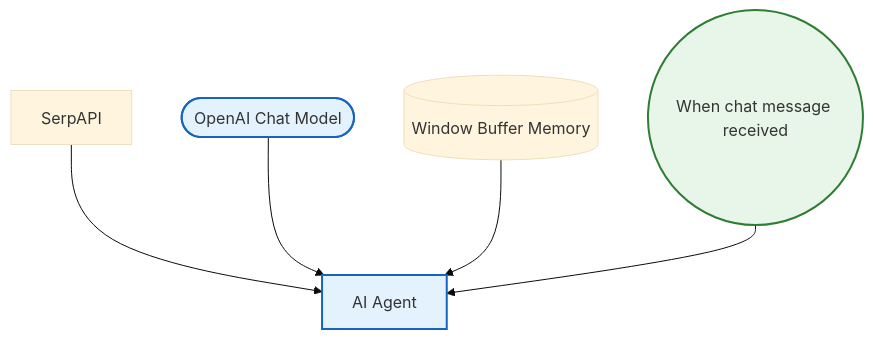
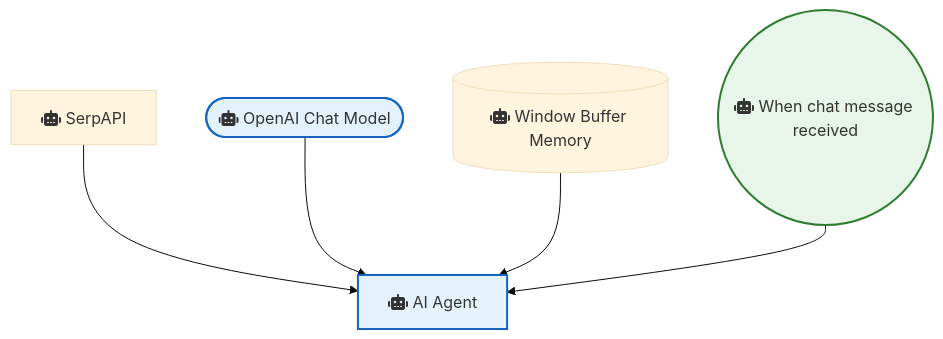
One commit to sreyash3105/N8N-DEMO-AUTOMATIONS changed the diagram in OpenAI_and_LLMs/AI agent chat.md. Above: the diagram before and after it, drawn with Mermaid (base theme). The commit also changed 291 other files, not shown here.

````diff
--- a/OpenAI_and_LLMs/AI agent chat.md
+++ b/OpenAI_and_LLMs/AI agent chat.md
@@ -1,17 +1,17 @@
 ```mermaid
 graph TD
     classDef trigger fill:#e8f5e9,stroke:#2e7d32,stroke-width:2px;
     classDef ai fill:#e3f2fd,stroke:#1565c0,stroke-width:2px;
     classDef logic fill:#fff3e0,stroke:#ef6c00,stroke-width:2px;
 
-    OpenAI_Chat_Model(["OpenAI Chat Model"]):::ai
-    Window_Buffer_Memory[("Window Buffer Memory")]
-    SerpAPI["SerpAPI"]
-    When_chat_message_received(("When chat message received")):::trigger
-    AI_Agent["AI Agent"]:::ai
+    OpenAI_Chat_Model(["fas:fa-robot OpenAI Chat Model"]):::ai
+    Window_Buffer_Memory[("fas:fa-robot Window Buffer Memory")]
+    SerpAPI["fas:fa-robot SerpAPI"]
+    When_chat_message_received(("fas:fa-robot When chat message received")):::trigger
+    AI_Agent["fas:fa-robot AI Agent"]:::ai
 
     SerpAPI --> AI_Agent
     OpenAI_Chat_Model --> AI_Agent
     Window_Buffer_Memory --> AI_Agent
     When_chat_message_received --> AI_Agent
 ```
````
